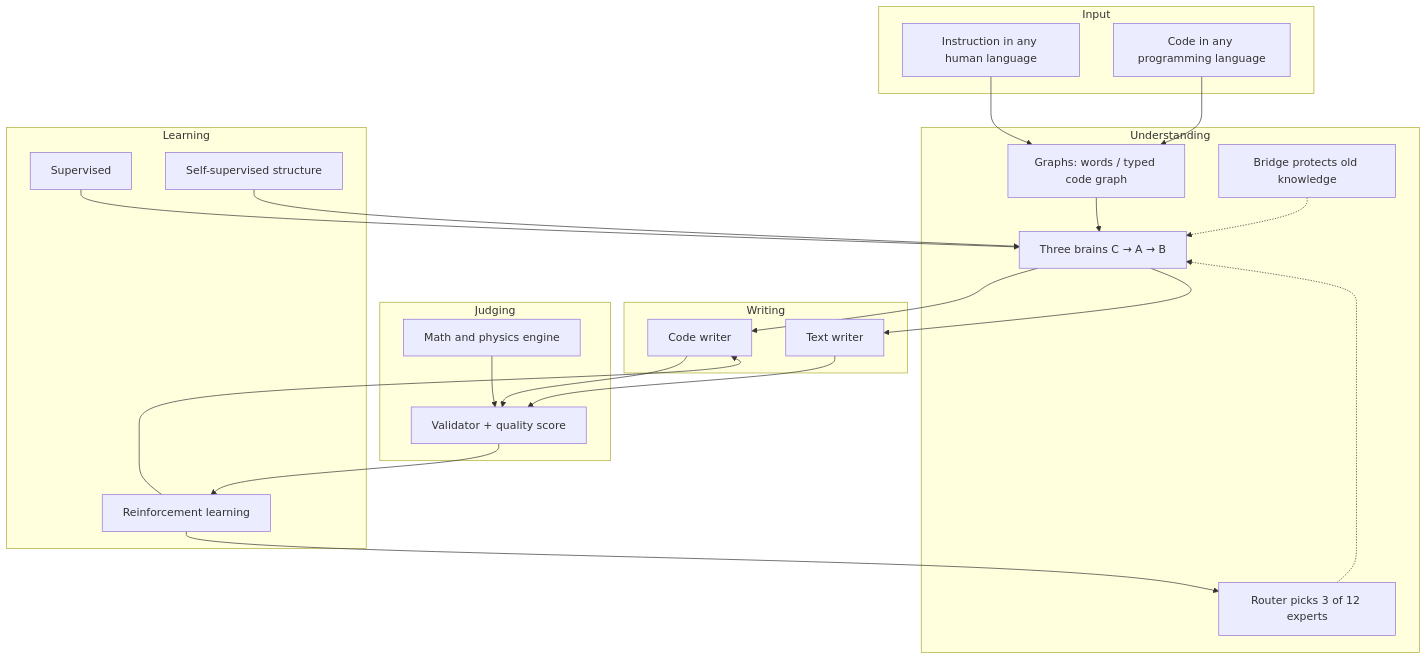
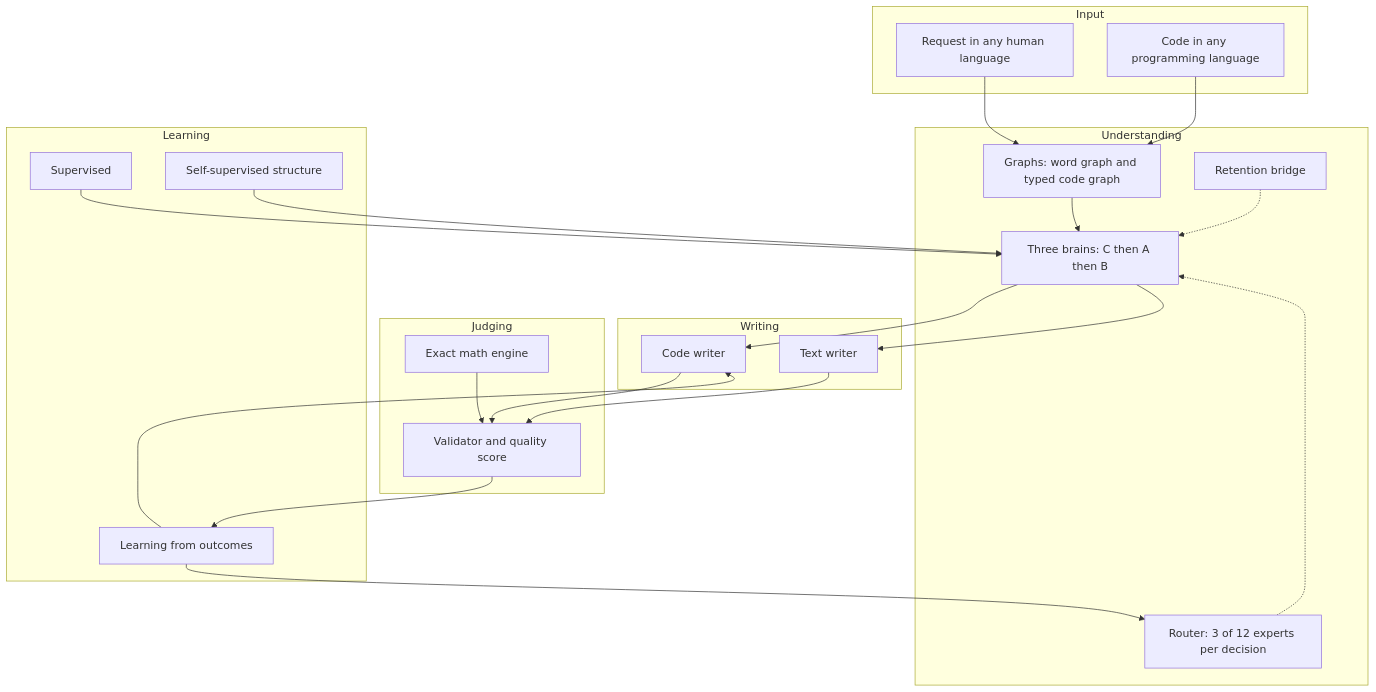
Before and after one commit to ATECTechnologies/Graph-Language-Assistant: the first of 6 diagrams in README.md, drawn with Mermaid. The commit also changed other lines of this file, not shown here.

````diff
--- a/README.md
+++ b/README.md
@@ -84,41 +108,41 @@
 ```mermaid
 flowchart TB
     subgraph IN[Input]
-      T[Instruction in any human language]
+      T[Request in any human language]
       S[Code in any programming language]
     end
     subgraph UND[Understanding]
-      G[Graphs: words / typed code graph]
-      BR[Three brains C → A → B]
-      RT[Router picks 3 of 12 experts]
-      BG[Bridge protects old knowledge]
+      G[Graphs: word graph and typed code graph]
+      BR[Three brains: C then A then B]
+      RT[Router: 3 of 12 experts per decision]
+      BG[Retention bridge]
     end
     subgraph WR[Writing]
       CW[Code writer]
       TW[Text writer]
     end
     subgraph JD[Judging]
-      VA[Validator + quality score]
-      MA[Math and physics engine]
+      VA[Validator and quality score]
+      MA[Exact math engine]
     end
     subgraph LR[Learning]
       SUP[Supervised]
       SELF[Self-supervised structure]
-      RL[Reinforcement learning]
+      RL[Learning from outcomes]
     end
     T --> G
     S --> G
     G --> BR
     RT -.-> BR
     BG -.-> BR
     BR --> CW
     BR --> TW
     CW --> VA
     TW --> VA
     MA --> VA
     VA --> RL
     SUP --> BR
     SELF --> BR
     RL --> CW
     RL --> RT
 ```
````
